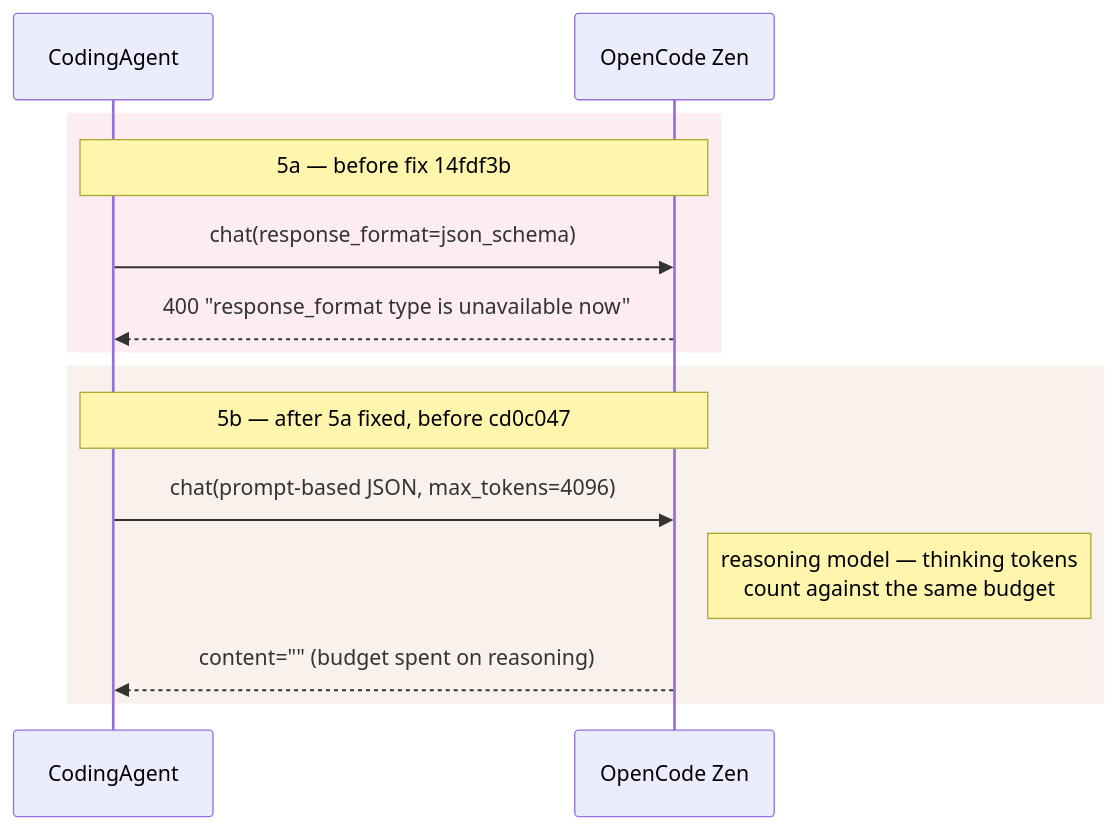
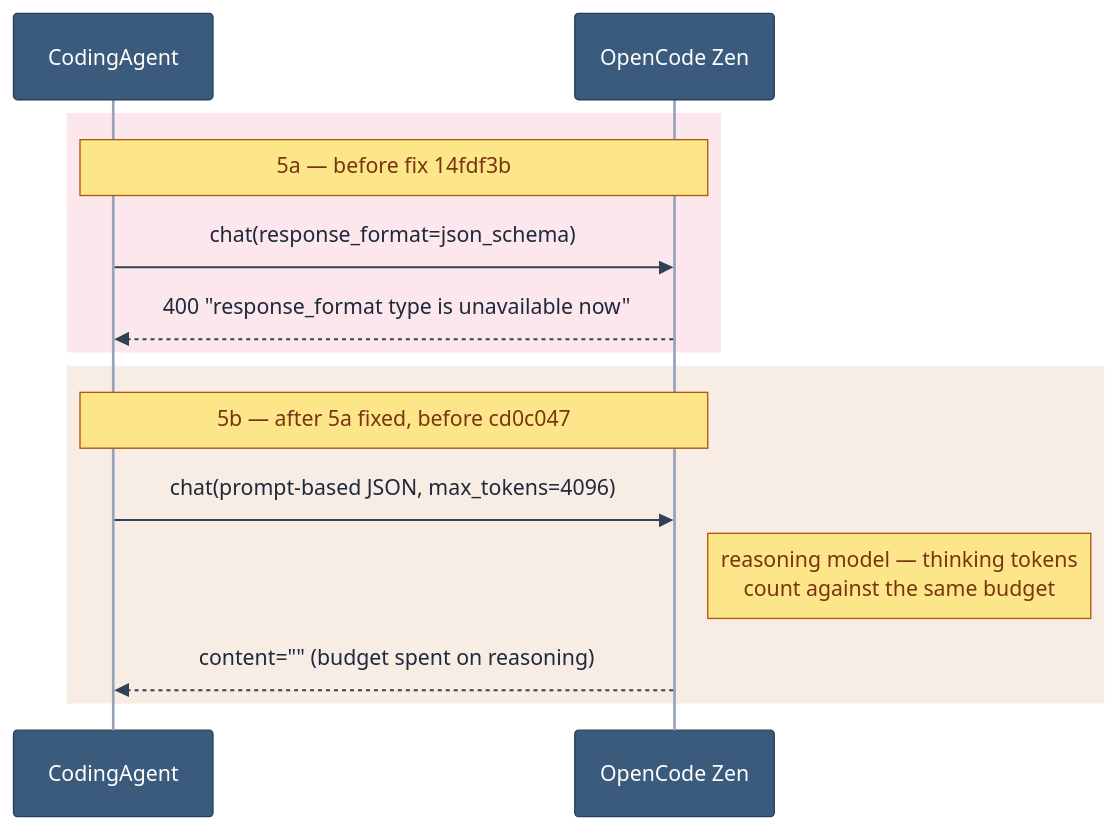
Before and after one commit to lorenzogirardi/agentic-sdlc: the seventh of 9 diagrams in docs/demo/burning-ship-storytelling.md, drawn with Mermaid. The commit also changed other lines of this file and 1 other file, not shown here.

First line of the commit message:
Color-code all diagrams: actors, platform, external systems, outcomes

````diff
--- a/docs/demo/burning-ship-storytelling.md
+++ b/docs/demo/burning-ship-storytelling.md
@@ -240,17 +280,18 @@
 ```mermaid
+%%{init: {'theme':'base', 'themeVariables': {'primaryColor':'#ff6b35','primaryBorderColor':'#c9451f','primaryTextColor':'#ffffff','actorBkg':'#3b5b7d','actorBorder':'#24405c','actorTextColor':'#ffffff','actorLineColor':'#94a3b8','signalColor':'#334155','signalTextColor':'#1e293b','labelBoxBkgColor':'#ff6b35','labelBoxBorderColor':'#c9451f','labelTextColor':'#ffffff','loopTextColor':'#334155','noteBkgColor':'#fde68a','noteBorderColor':'#b45309','noteTextColor':'#78350f','activationBorderColor':'#c9451f','activationBkgColor':'#ffd9c2','sequenceNumberColor':'#ffffff'}}}%%
 sequenceDiagram
     participant CA as CodingAgent
     participant LLM as OpenCode Zen
 
-    rect rgba(225,29,72,0.08)
+    rect rgba(225,29,72,0.10)
     Note over CA,LLM: 5a — before fix 14fdf3b
     CA->>LLM: chat(response_format=json_schema)
     LLM-->>CA: 400 "response_format type is unavailable now"
     end
-    rect rgba(180,83,9,0.08)
+    rect rgba(180,83,9,0.10)
     Note over CA,LLM: 5b — after 5a fixed, before cd0c047
     CA->>LLM: chat(prompt-based JSON, max_tokens=4096)
     Note right of LLM: reasoning model — thinking tokens<br/>count against the same budget
     LLM-->>CA: content="" (budget spent on reasoning)
     end
 ```
````
